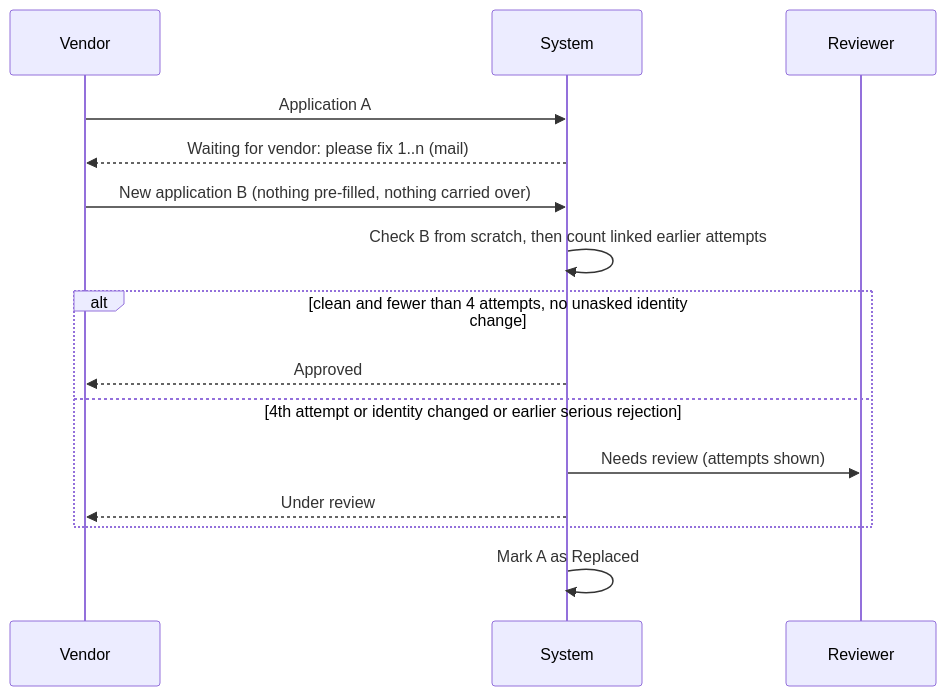
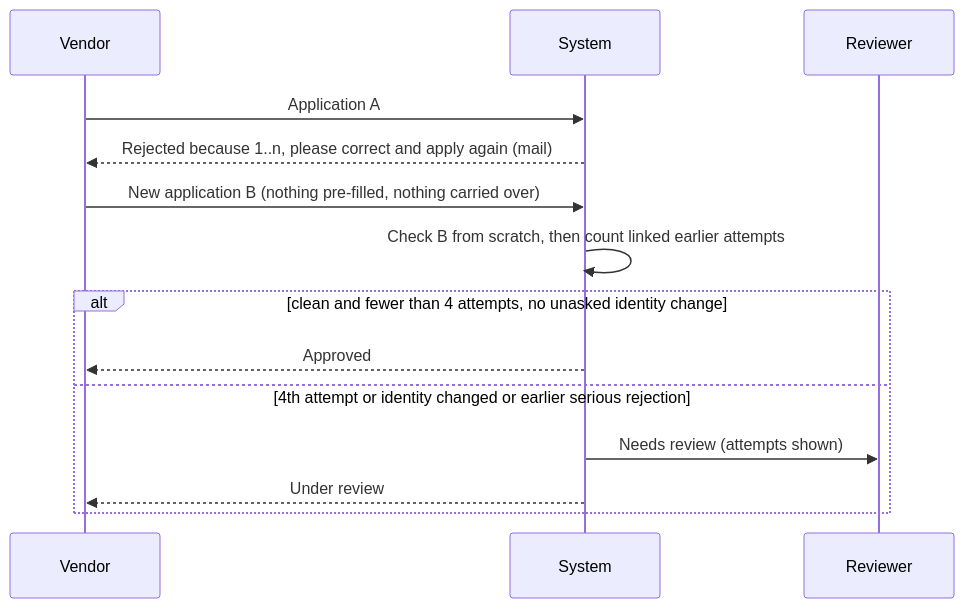
One commit to ShubhamK0802/vendor-onboarding-flask changed the third of 5 diagrams in docs/WORKFLOW.md. Above: the diagram before and after it, drawn with Mermaid. The commit also changed other lines of this file and 19 other files, not shown here.

First line of the commit message:
One Rejected status: remove the waiting-for-vendor state, timers and reminder mails

````diff
--- a/docs/WORKFLOW.md
+++ b/docs/WORKFLOW.md
@@ -41,17 +38,16 @@
 ```mermaid
 sequenceDiagram
     participant V as Vendor
     participant S as System
     participant R as Reviewer
     V->>S: Application A
-    S-->>V: Waiting for vendor: please fix 1..n (mail)
+    S-->>V: Rejected because 1..n, please correct and apply again (mail)
     V->>S: New application B (nothing pre-filled, nothing carried over)
     S->>S: Check B from scratch, then count linked earlier attempts
     alt clean and fewer than 4 attempts, no unasked identity change
         S-->>V: Approved
     else 4th attempt or identity changed or earlier serious rejection
         S->>R: Needs review (attempts shown)
         S-->>V: Under review
     end
-    S->>S: Mark A as Replaced
 ```
````
